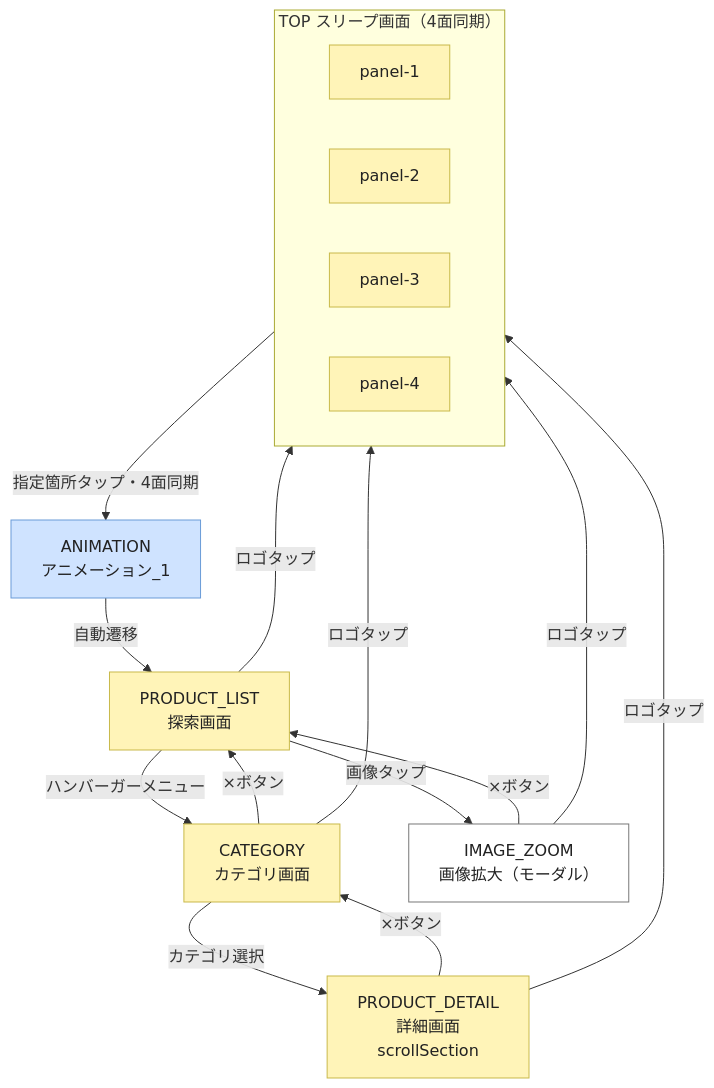
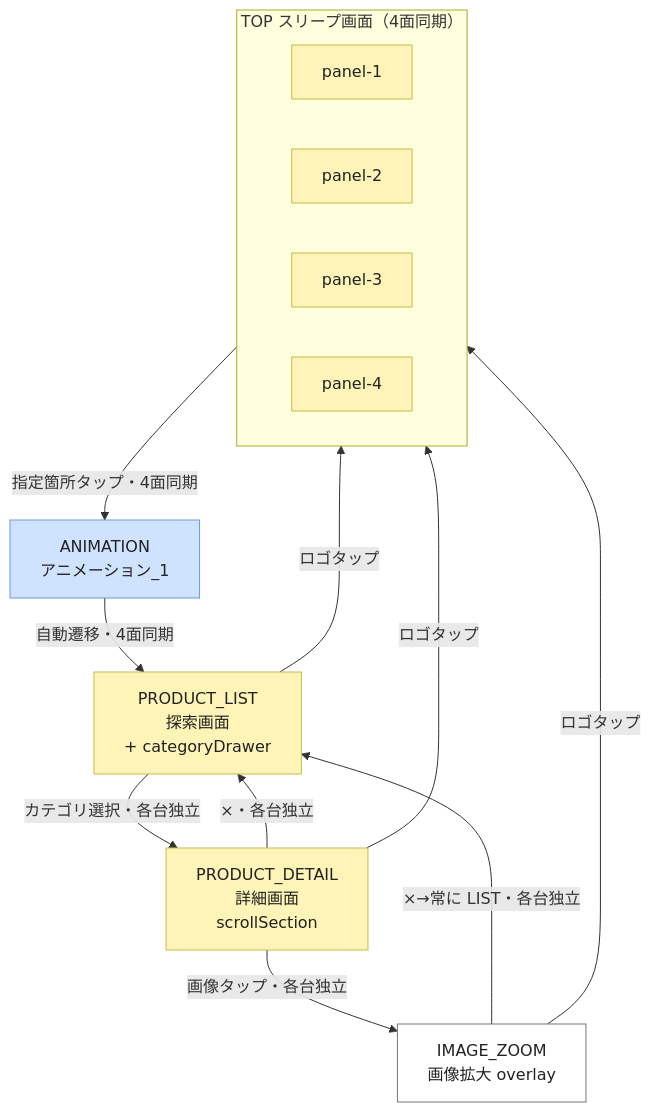
Before and after one commit to mayu1080/TRUNK-Web: the diagram in docs/screen-flow.mmd, drawn with Mermaid. The commit also changed 9 other files, not shown here.

```diff
--- a/docs/screen-flow.mmd
+++ b/docs/screen-flow.mmd
@@ -1,46 +1,40 @@
 flowchart TD
   %% 画面遷移図（正: docs/function.xlsx → docs/screen-flow.json）
   %% B案：探索デザイン重視型
 
   subgraph TOP_AREA["TOP スリープ画面（4面同期）"]
     direction LR
     P1["panel-1"]
     P2["panel-2"]
     P3["panel-3"]
     P4["panel-4"]
   end
 
   ANIMATION["ANIMATION\nアニメーション_1"]
-  PRODUCT_LIST["PRODUCT_LIST\n探索画面"]
-  CATEGORY["CATEGORY\nカテゴリ画面"]
+  PRODUCT_LIST["PRODUCT_LIST\n探索画面\n+ categoryDrawer"]
   PRODUCT_DETAIL["PRODUCT_DETAIL\n詳細画面\nscrollSection"]
-  IMAGE_ZOOM["IMAGE_ZOOM\n画像拡大（モーダル）"]
+  IMAGE_ZOOM["IMAGE_ZOOM\n画像拡大 overlay"]
 
   TOP_AREA -->|指定箇所タップ・4面同期| ANIMATION
-  ANIMATION -->|自動遷移| PRODUCT_LIST
+  ANIMATION -->|自動遷移・4面同期| PRODUCT_LIST
 
-  PRODUCT_LIST -->|画像タップ| IMAGE_ZOOM
-  IMAGE_ZOOM -->|×ボタン| PRODUCT_LIST
-
-  PRODUCT_LIST -->|ハンバーガーメニュー| CATEGORY
-  CATEGORY -->|×ボタン| PRODUCT_LIST
-  CATEGORY -->|カテゴリ選択| PRODUCT_DETAIL
-  PRODUCT_DETAIL -->|×ボタン| CATEGORY
+  PRODUCT_LIST -->|カテゴリ選択・各台独立| PRODUCT_DETAIL
+  PRODUCT_DETAIL -->|×・各台独立| PRODUCT_LIST
+  PRODUCT_DETAIL -->|画像タップ・各台独立| IMAGE_ZOOM
+  IMAGE_ZOOM -->|×→常に LIST・各台独立| PRODUCT_LIST
 
   PRODUCT_LIST -->|ロゴタップ| TOP_AREA
-  CATEGORY -->|ロゴタップ| TOP_AREA
   PRODUCT_DETAIL -->|ロゴタップ| TOP_AREA
   IMAGE_ZOOM -->|ロゴタップ| TOP_AREA
 
   classDef top fill:#fff4b8,stroke:#c9b94a,stroke-width:1px,color:#222;
   classDef animation fill:#cfe3ff,stroke:#6a9bd8,stroke-width:1px,color:#222;
   classDef explore fill:#fff4b8,stroke:#c9b94a,stroke-width:1px,color:#222;
-  classDef category fill:#fff4b8,stroke:#c9b94a,stroke-width:1px,color:#222;
   classDef detail fill:#fff4b8,stroke:#c9b94a,stroke-width:1px,color:#222;
   classDef zoom fill:#ffffff,stroke:#777,stroke-width:1px,color:#222;
+
   class P1,P2,P3,P4 top;
   class ANIMATION animation;
   class PRODUCT_LIST explore;
-  class CATEGORY category;
   class PRODUCT_DETAIL detail;
   class IMAGE_ZOOM zoom;
```
